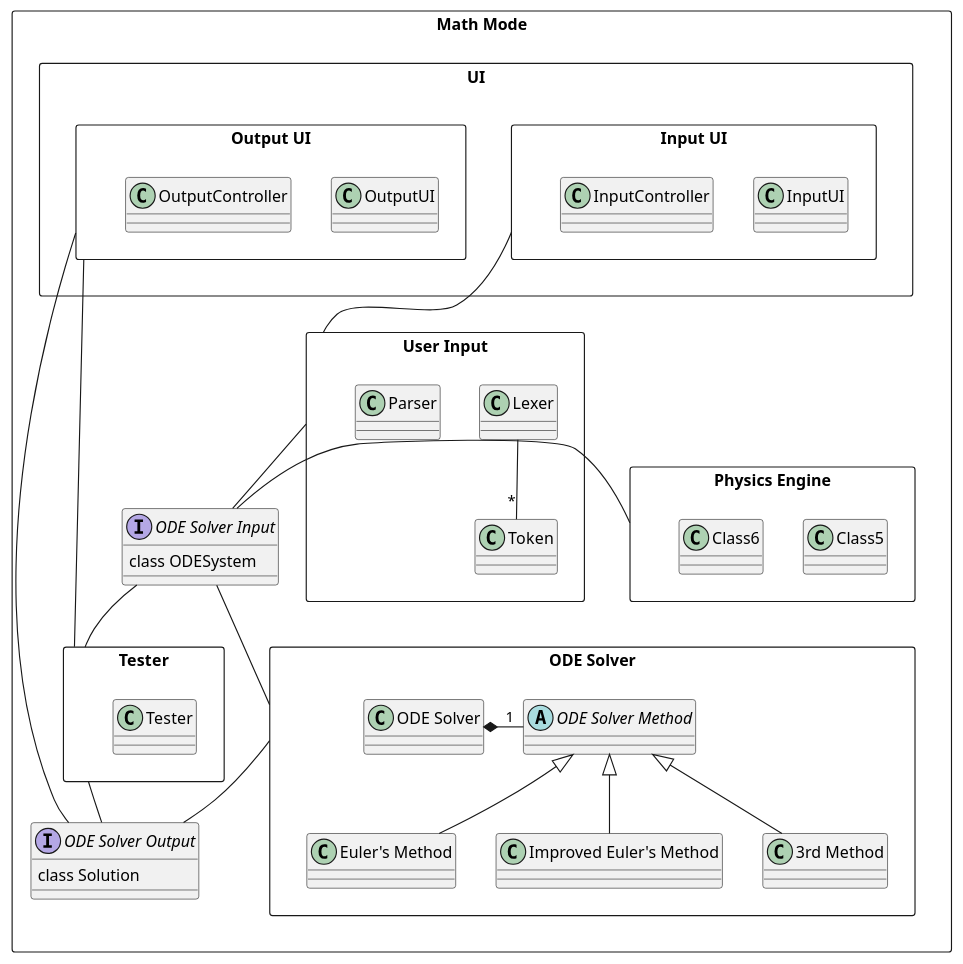
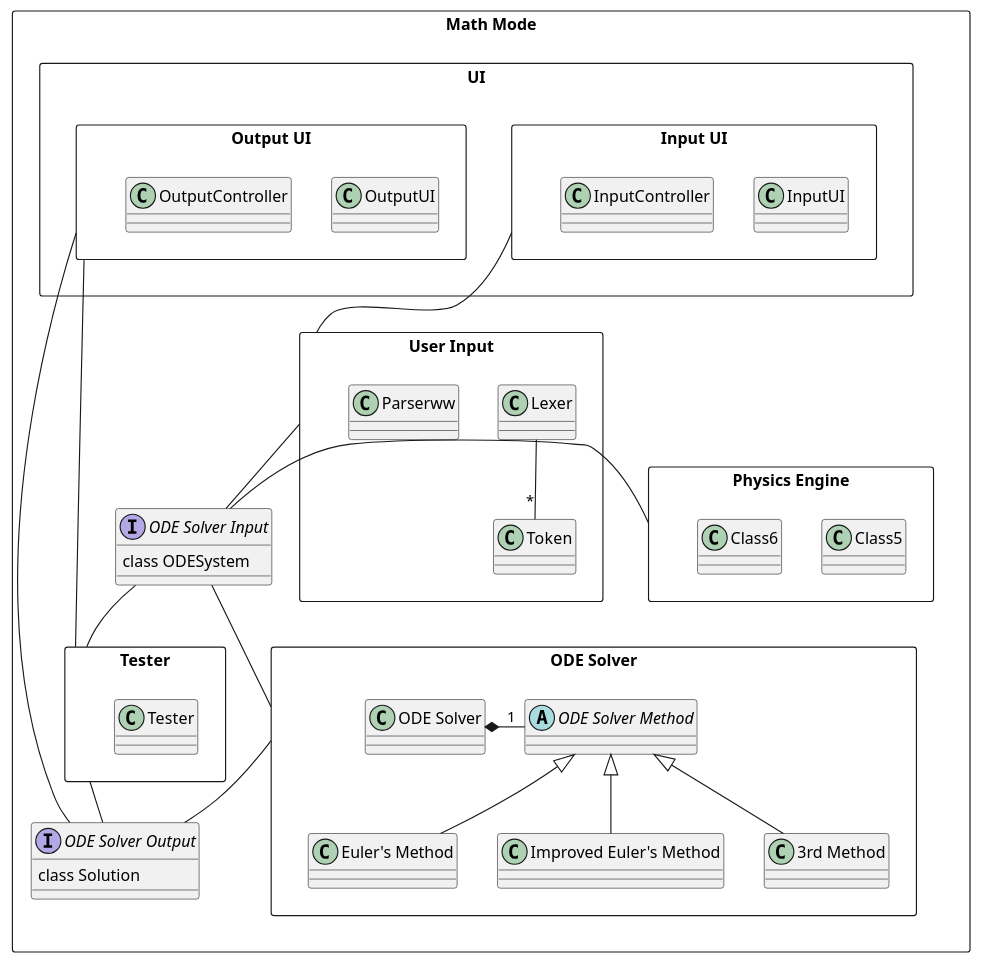
The diagram in assets/uml/Package.plantuml (cartesian-plane/Crazy-Putting), drawn with PlantUML before and after one commit. The commit also changed 1 other file, not shown here.

```diff
--- a/assets/uml/Package.plantuml
+++ b/assets/uml/Package.plantuml
@@ -1,74 +1,73 @@
 @startuml Package Diagram
 
 rectangle "Math Mode" {
 
     rectangle "User Input" as UserInput {
         class Lexer
         class Token
-        class Parser 
+        class Parserww
 
         Lexer -- "*" Token
-
     }
 
     rectangle "ODE Solver" as ODESolver {
         class "ODE Solver" as ODES
         abstract "ODE Solver Method" as ODEM
         class "Euler's Method" as EM
         class "Improved Euler's Method" as IEM
         class "3rd Method" as M3
 
         ODES *-right- "1" ODEM
         ODEM <|-- EM
         ODEM <|-- IEM
         ODEM <|-- M3
     }
 
     UserInput -down- ODEInput
 
     interface "ODE Solver Input" as ODEInput {
         class ODESystem
     }
 
     ODEInput -down- ODESolver
 
     interface "ODE Solver Output" as ODEOutput {
         class Solution
     }
 
     ODESolver -down- ODEOutput
 
     rectangle "Physics Engine" as PhysicsEngine {
         class Class5
         class Class6
     }
 
     PhysicsEngine -left- ODEInput
 
     rectangle "UI" {
         rectangle "Input UI" as UIIn {
             class InputUI
             class InputController
         }
 
         UIIn -down- UserInput
 
         rectangle "Output UI" as UIOut {
             class OutputUI
             class OutputController
         }
 
         UIOut -down- ODEOutput
     }
 
     rectangle "Tester" {
         class Tester
     }
 
     Tester -up- ODEInput
     Tester -down- ODEOutput
     Tester -left- UIOut
 }
 
 
 @enduml
```
